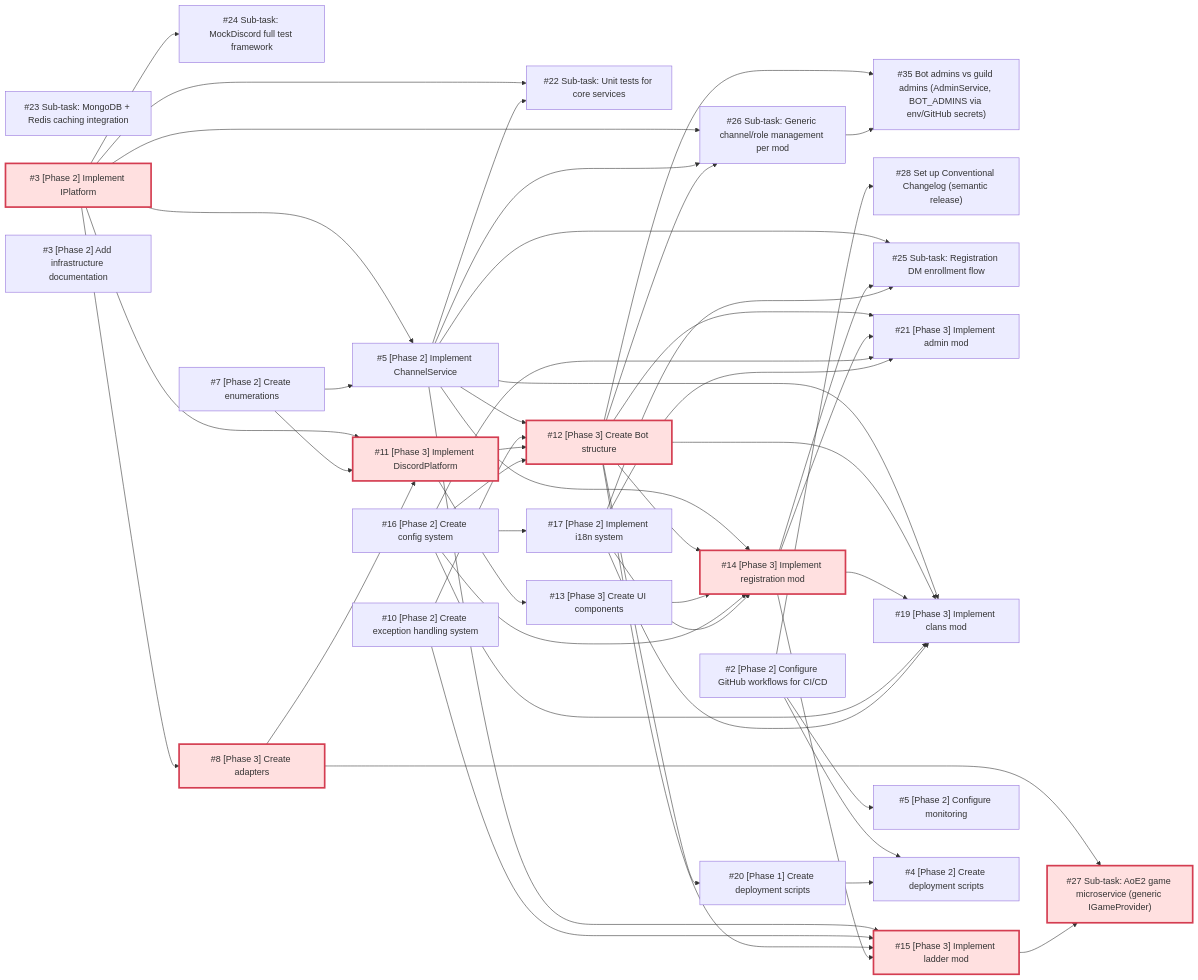
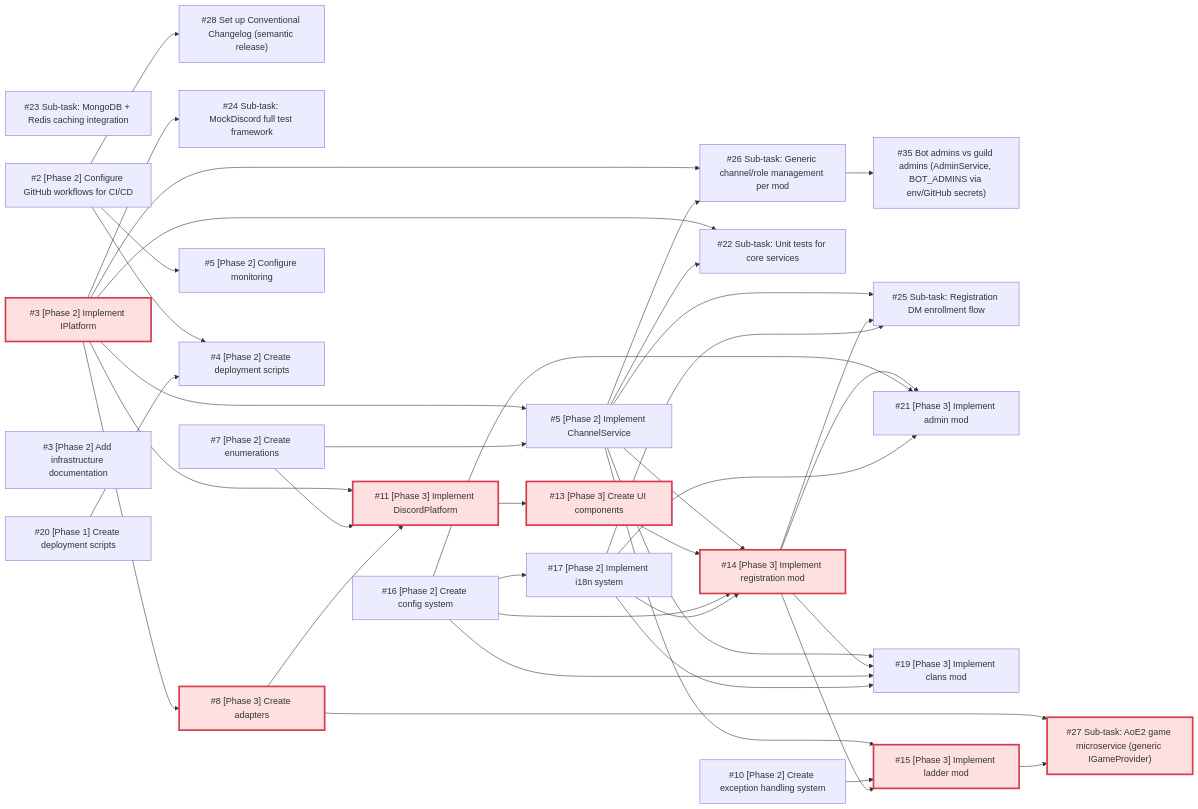
The diagram in docs/DEPENDENCIES.md (merlin-pinpin-org/kingdoms), drawn with Mermaid before and after one commit. The commit also changed other lines of this file and 1 other file, not shown here.

Commit message:
docs(roadmap): sync with GitHub issues (#12 done, priorities per CPM)

````diff
--- a/docs/DEPENDENCIES.md
+++ b/docs/DEPENDENCIES.md
@@ -28,80 +28,68 @@
 ```mermaid
 flowchart LR
     ks_35["#35 Bot admins vs guild admins (AdminService, BOT_ADMINS via env/GitHub secrets)"]
     ks_28["#28 Set up Conventional Changelog (semantic release)"]
     ks_27["#27 Sub-task: AoE2 game microservice (generic IGameProvider)"]
     ks_26["#26 Sub-task: Generic channel/role management per mod"]
     ks_25["#25 Sub-task: Registration DM enrollment flow"]
     ks_24["#24 Sub-task: MockDiscord full test framework"]
     ks_23["#23 Sub-task: MongoDB + Redis caching integration"]
     ks_22["#22 Sub-task: Unit tests for core services"]
     ks_21["#21 [Phase 3] Implement admin mod"]
     ks_20["#20 [Phase 1] Create deployment scripts"]
     ks_19["#19 [Phase 3] Implement clans mod"]
     ks_17["#17 [Phase 2] Implement i18n system"]
     ks_16["#16 [Phase 2] Create config system"]
     ks_15["#15 [Phase 3] Implement ladder mod"]
     ks_14["#14 [Phase 3] Implement registration mod"]
     ks_13["#13 [Phase 3] Create UI components"]
-    ks_12["#12 [Phase 3] Create Bot structure"]
     ks_11["#11 [Phase 3] Implement DiscordPlatform"]
     ks_10["#10 [Phase 2] Create exception handling system"]
     ks_8["#8 [Phase 3] Create adapters"]
     ks_7["#7 [Phase 2] Create enumerations"]
     ks_5["#5 [Phase 2] Implement ChannelService"]
     ks_3["#3 [Phase 2] Implement IPlatform"]
     ki_5["#5 [Phase 2] Configure monitoring"]
     ki_4["#4 [Phase 2] Create deployment scripts"]
     ki_3["#3 [Phase 2] Add infrastructure documentation"]
     ki_2["#2 [Phase 2] Configure GitHub workflows for CI/CD"]
-    ks_12 --> ks_35
     ks_26 --> ks_35
     ki_2 --> ks_28
     ks_8 --> ks_27
     ks_15 --> ks_27
     ks_3 --> ks_26
     ks_5 --> ks_26
-    ks_12 --> ks_26
     ks_5 --> ks_25
     ks_14 --> ks_25
     ks_17 --> ks_25
     ks_3 --> ks_24
     ks_3 --> ks_22
     ks_5 --> ks_22
-    ks_12 --> ks_21
     ks_14 --> ks_21
     ks_16 --> ks_21
     ks_17 --> ks_21
-    ks_12 --> ks_20
     ks_5 --> ks_19
-    ks_12 --> ks_19
     ks_14 --> ks_19
     ks_16 --> ks_19
     ks_17 --> ks_19
     ks_16 --> ks_17
     ks_5 --> ks_15
     ks_10 --> ks_15
-    ks_12 --> ks_15
     ks_14 --> ks_15
     ks_5 --> ks_14
-    ks_12 --> ks_14
     ks_13 --> ks_14
     ks_16 --> ks_14
     ks_17 --> ks_14
     ks_11 --> ks_13
-    ks_5 --> ks_12
-    ks_10 --> ks_12
-    ks_11 --> ks_12
-    ks_16 --> ks_12
     ks_3 --> ks_11
     ks_7 --> ks_11
     ks_8 --> ks_11
     ks_3 --> ks_8
     ks_3 --> ks_5
     ks_7 --> ks_5
     ki_2 --> ki_5
     ki_2 --> ki_4
     ks_20 --> ki_4
     classDef critical fill:#ffe0e0,stroke:#d43d51,stroke-width:3px;
-    class ks_3,ks_8,ks_11,ks_12,ks_14,ks_15,ks_27 critical
+    class ks_3,ks_8,ks_11,ks_13,ks_14,ks_15,ks_27 critical
 ```
````
